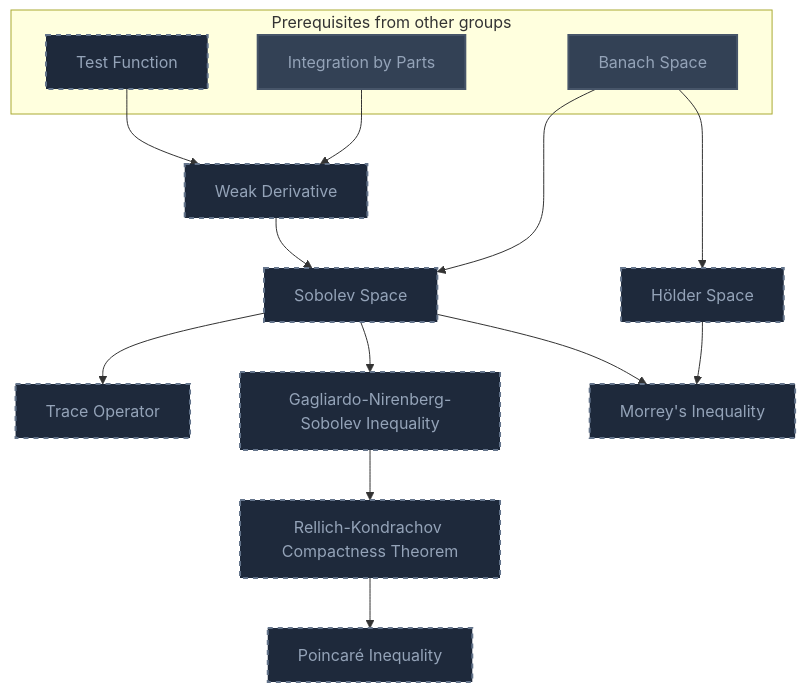
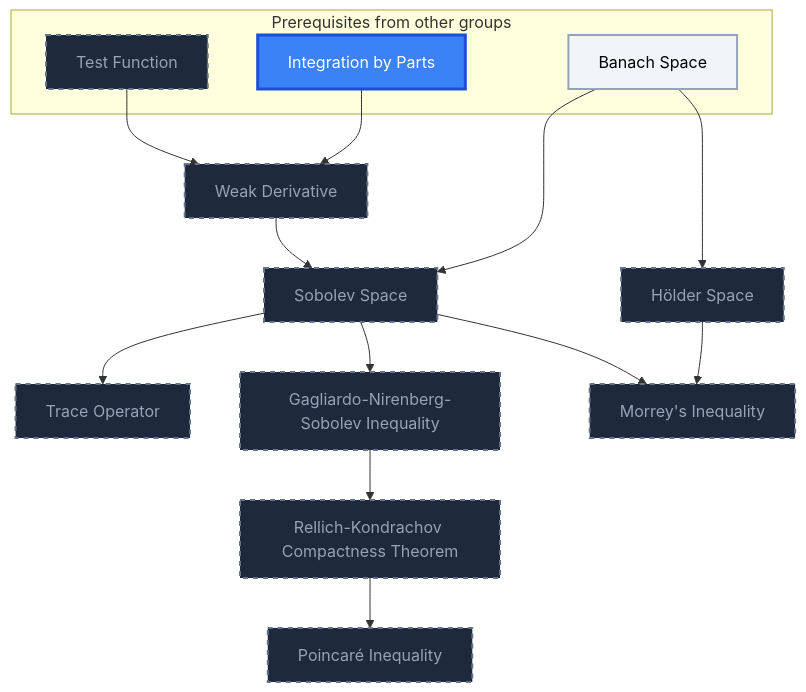
Before and after one commit to MRauf1/My-Notes: diagram 18 of 25 in Gamification/Skill Trees/Partial Differential Equations.md, drawn with Mermaid. The commit also changed other lines of this file and 145 other files, not shown here.

````diff
--- a/Gamification/Skill Trees/Partial Differential Equations.md
+++ b/Gamification/Skill Trees/Partial Differential Equations.md
@@ -962,39 +982,40 @@
 ```mermaid
 flowchart TD
     classDef planned fill:#1E293B,stroke:#64748B,stroke-width:2px,stroke-dasharray:5 5,color:#94A3B8;
     classDef locked fill:#334155,stroke:#475569,stroke-width:2px,color:#94A3B8;
     classDef L0 fill:#F1F5F9,stroke:#94A3B8,stroke-width:2px,color:#000000;
     classDef L1 fill:#22C55E,stroke:#15803D,stroke-width:2px,color:#000000;
     classDef L2 fill:#3B82F6,stroke:#1D4ED8,stroke-width:3px,color:#FFFFFF;
     classDef L3 fill:#A855F7,stroke:#6B21A8,stroke-width:3px,color:#FFFFFF,font-weight:bold;
     classDef L4 fill:#F97316,stroke:#C2410C,stroke-width:4px,color:#000000,font-weight:bold;
     classDef L5 fill:#FFD700,stroke:#FF8C00,stroke-width:5px,color:#000000,font-weight:bold;
     classDef rusty stroke:#8B4513,stroke-width:4px,stroke-dasharray:3 3;
     subgraph sg_prereqs["Prerequisites from other groups"]
         n_banach_space["Banach Space"]
         n_test_function["Test Function"]
         n_integration_by_parts["Integration by Parts"]
     end
     n_h_lder_space["Hölder Space"]
     n_weak_derivative["Weak Derivative"]
     n_sobolev_space["Sobolev Space"]
     n_trace_operator["Trace Operator"]
     n_gagliardo_nirenberg_sobolev_inequality["Gagliardo-Nirenberg-Sobolev Inequality"]
     n_morrey_s_inequality["Morrey's Inequality"]
     n_rellich_kondrachov_compactness_theorem["Rellich-Kondrachov Compactness Theorem"]
     n_poincar_inequality["Poincaré Inequality"]
     n_banach_space --> n_h_lder_space
     n_test_function --> n_weak_derivative
     n_integration_by_parts --> n_weak_derivative
     n_weak_derivative --> n_sobolev_space
     n_banach_space --> n_sobolev_space
     n_sobolev_space --> n_trace_operator
     n_sobolev_space --> n_gagliardo_nirenberg_sobolev_inequality
     n_sobolev_space --> n_morrey_s_inequality
     n_h_lder_space --> n_morrey_s_inequality
     n_gagliardo_nirenberg_sobolev_inequality --> n_rellich_kondrachov_compactness_theorem
     n_rellich_kondrachov_compactness_theorem --> n_poincar_inequality
     class n_test_function,n_h_lder_space,n_weak_derivative,n_sobolev_space,n_trace_operator,n_gagliardo_nirenberg_sobolev_inequality,n_morrey_s_inequality,n_rellich_kondrachov_compactness_theorem,n_poincar_inequality planned;
-    class n_banach_space,n_integration_by_parts locked;
+    class n_banach_space L0;
+    class n_integration_by_parts L2;
     class n_banach_space,n_integration_by_parts internal-link;
 ```
````
